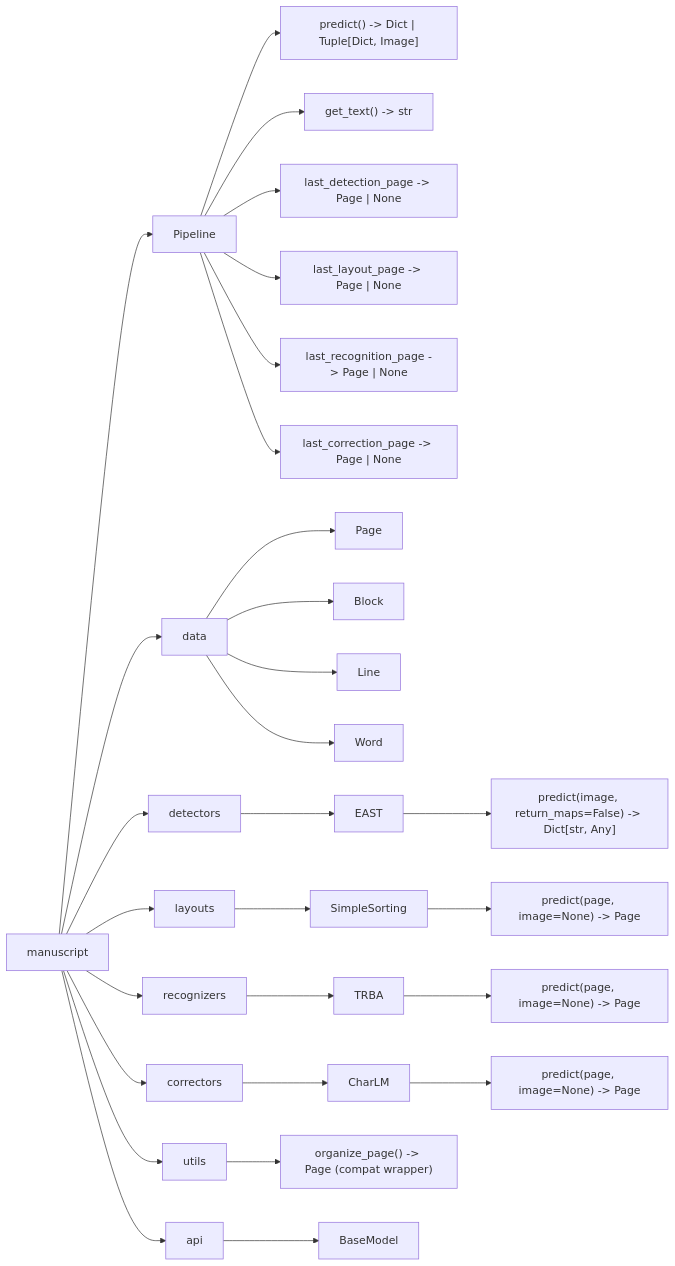
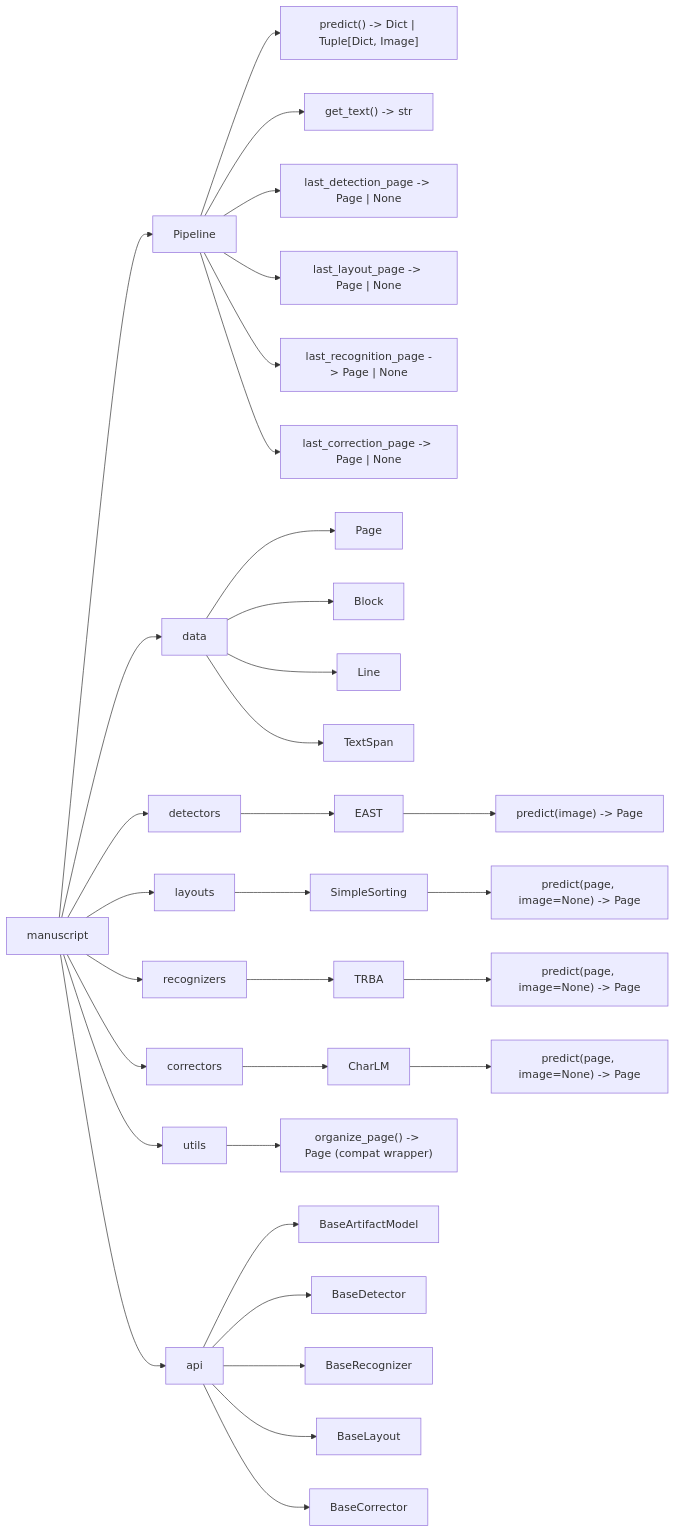
One commit to konstantinkozhin/manuscript-ocr changed the diagram in src/manuscript/api/LIBRARY_STRUCTURE.md. Above: the diagram before and after it, drawn with Mermaid. The commit also changed 5 other files, not shown here.

Commit message:
docs: align pipeline and data model guides

````diff
--- a/src/manuscript/api/LIBRARY_STRUCTURE.md
+++ b/src/manuscript/api/LIBRARY_STRUCTURE.md
@@ -1,41 +1,45 @@
 ```mermaid
 graph LR
     manuscript[manuscript]
 
     manuscript --> Pipeline["Pipeline"]
     manuscript --> data["data"]
     manuscript --> detectors["detectors"]
     manuscript --> layouts["layouts"]
     manuscript --> recognizers["recognizers"]
     manuscript --> correctors["correctors"]
     manuscript --> utils["utils"]
     manuscript --> api["api"]
 
     Pipeline --> p_predict["predict() -> Dict | Tuple[Dict, Image]"]
     Pipeline --> p_get_text["get_text() -> str"]
     Pipeline --> p_last_det["last_detection_page -> Page | None"]
     Pipeline --> p_last_layout["last_layout_page -> Page | None"]
     Pipeline --> p_last_rec["last_recognition_page -> Page | None"]
     Pipeline --> p_last_corr["last_correction_page -> Page | None"]
 
     data --> Page["Page"]
     data --> Block["Block"]
     data --> Line["Line"]
-    data --> Word["Word"]
+    data --> TextSpan["TextSpan"]
 
     detectors --> EAST["EAST"]
-    EAST --> east_predict["predict(image, return_maps=False) -> Dict[str, Any]"]
+    EAST --> east_predict["predict(image) -> Page"]
 
     layouts --> SimpleSorting["SimpleSorting"]
     SimpleSorting --> layout_predict["predict(page, image=None) -> Page"]
 
     recognizers --> TRBA["TRBA"]
     TRBA --> trba_predict["predict(page, image=None) -> Page"]
 
     correctors --> CharLM["CharLM"]
     CharLM --> charlm_predict["predict(page, image=None) -> Page"]
 
     utils --> organize_page["organize_page() -> Page (compat wrapper)"]
 
-    api --> BaseModel["BaseModel"]
+    api --> BaseArtifactModel["BaseArtifactModel"]
+    api --> BaseDetector["BaseDetector"]
+    api --> BaseRecognizer["BaseRecognizer"]
+    api --> BaseLayout["BaseLayout"]
+    api --> BaseCorrector["BaseCorrector"]
 ```
````
